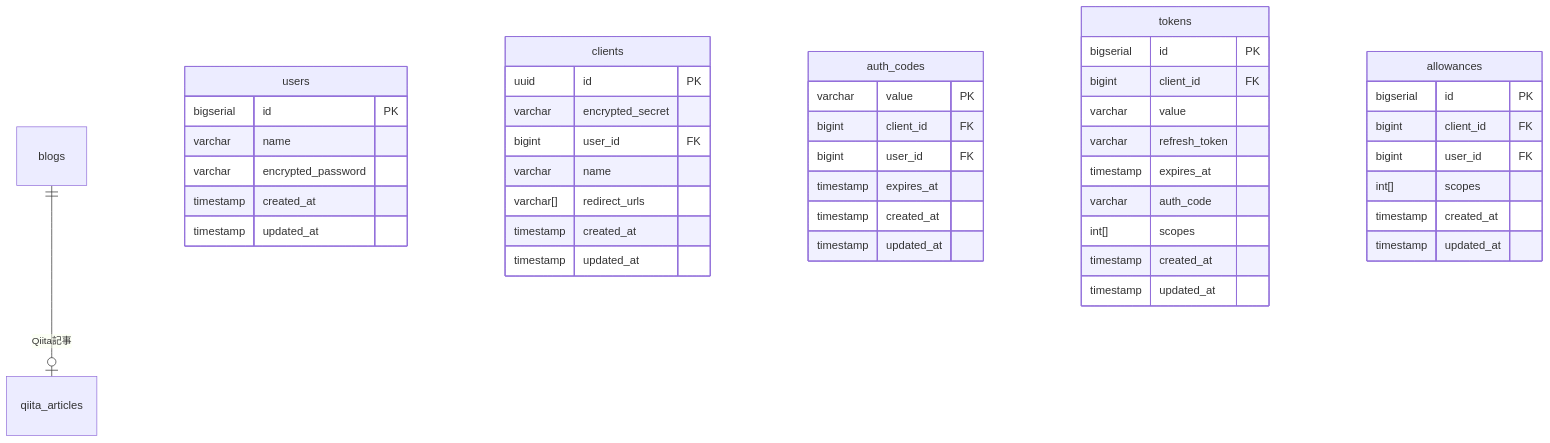
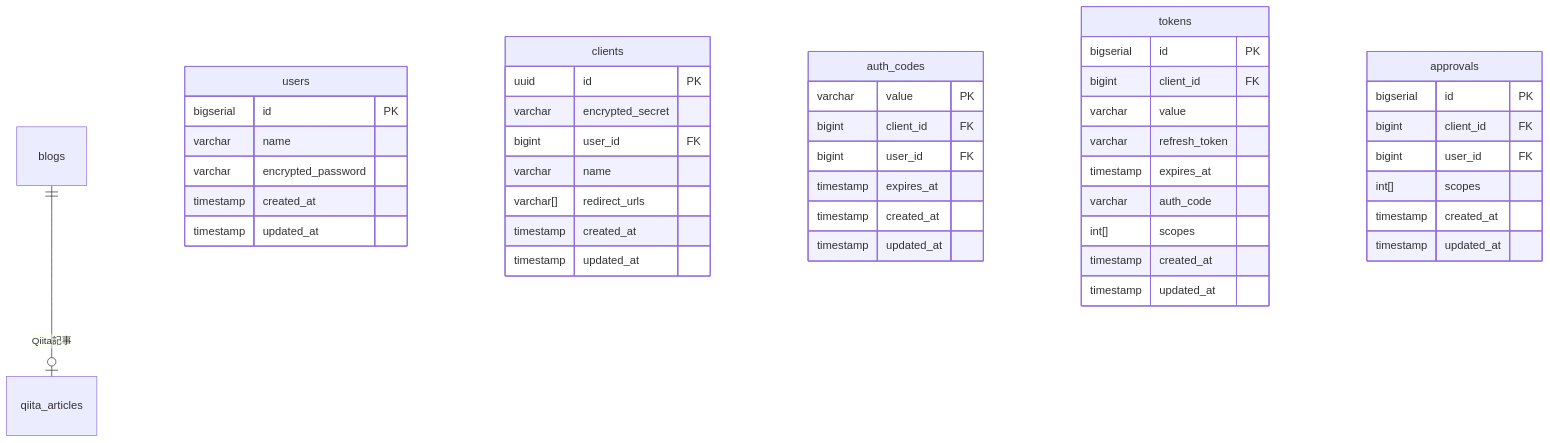
The diagram in doc/er.md (piny940/auth), drawn with Mermaid before and after one commit. The commit also changed 5 other files, not shown here.

````diff
--- a/doc/er.md
+++ b/doc/er.md
@@ -1,50 +1,50 @@
 ```mermaid
 erDiagram
   blogs ||--o| qiita_articles : "Qiita記事"
 
   users {
     bigserial id PK
     varchar name
     varchar encrypted_password
     timestamp created_at
     timestamp updated_at
   }
 
   clients {
     uuid id PK
     varchar encrypted_secret
     bigint user_id FK
     varchar name
     varchar[] redirect_urls
     timestamp created_at
     timestamp updated_at
   }
   auth_codes {
     varchar value PK
     bigint client_id FK
     bigint user_id FK
     timestamp expires_at
     timestamp created_at
     timestamp updated_at
   }
   tokens {
     bigserial id PK
     bigint client_id FK
     varchar value
     varchar refresh_token
     timestamp expires_at
     varchar auth_code
     int[] scopes
     timestamp created_at
     timestamp updated_at
   }
-  allowances {
+  approvals {
     bigserial id PK
     bigint client_id FK
     bigint user_id FK
     int[] scopes
     timestamp created_at
     timestamp updated_at
   }
 
 ```
````
